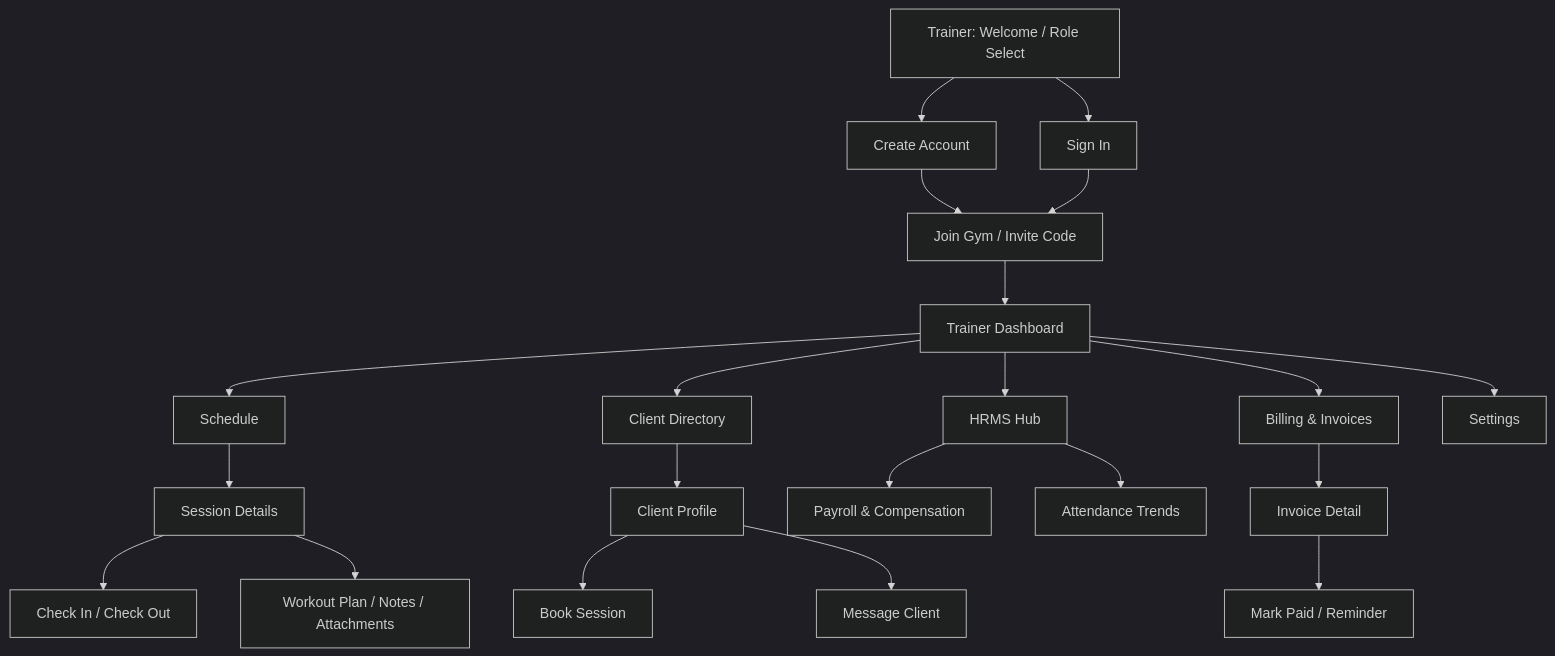
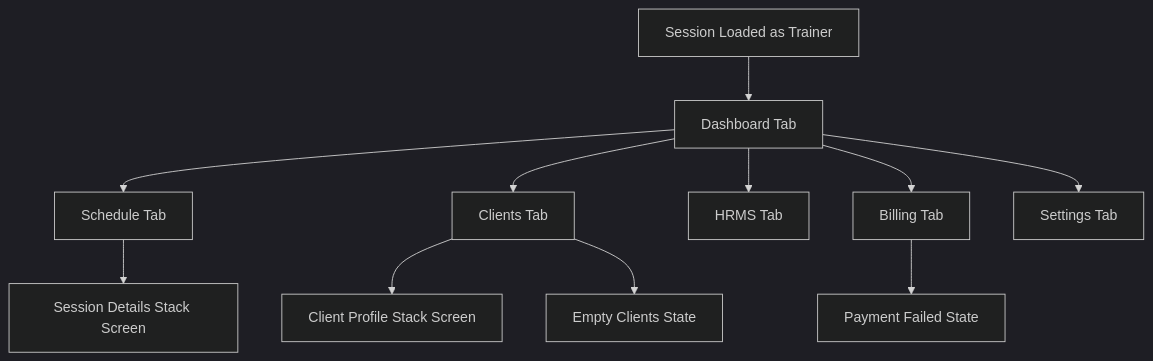
The second of 4 diagrams in frontend/mobile-app/SCREEN_FLOW.md (atharshah1/gimios), drawn with Mermaid (dark theme) before and after one commit. The commit also changed other lines of this file and 30 other files, not shown here.

Commit message:
Refactor mobile app into navigation architecture with modular screens

````diff
--- a/frontend/mobile-app/SCREEN_FLOW.md
+++ b/frontend/mobile-app/SCREEN_FLOW.md
@@ -32,29 +41,15 @@
 ```mermaid
 flowchart TD
-    TS[Trainer: Welcome / Role Select] --> TA[Create Account]
-    TS --> TL[Sign In]
+    TL[Session Loaded as Trainer] --> TD[Dashboard Tab]
+    TD --> SCH[Schedule Tab]
+    TD --> CL[Clients Tab]
+    TD --> HR[HRMS Tab]
+    TD --> BI[Billing Tab]
+    TD --> ST[Settings Tab]
 
-    TA --> TJ[Join Gym / Invite Code]
-    TL --> TJ
-    TJ --> TD[Trainer Dashboard]
+    SCH --> SD[Session Details Stack Screen]
+    CL --> CP[Client Profile Stack Screen]
 
-    TD --> SCH[Schedule]
-    TD --> CL[Client Directory]
-    TD --> HR[HRMS Hub]
-    TD --> BI[Billing & Invoices]
-    TD --> ST[Settings]
-
-    SCH --> SD[Session Details]
-    SD --> CI[Check In / Check Out]
-    SD --> WP[Workout Plan / Notes / Attachments]
-
-    CL --> CP[Client Profile]
-    CP --> BS[Book Session]
-    CP --> MSG[Message Client]
-
-    HR --> PR[Payroll & Compensation]
-    HR --> AT[Attendance Trends]
-
-    BI --> INV[Invoice Detail]
-    INV --> MP[Mark Paid / Reminder]
+    BI --> PF[Payment Failed State]
+    CL --> EC[Empty Clients State]
 ```
````
